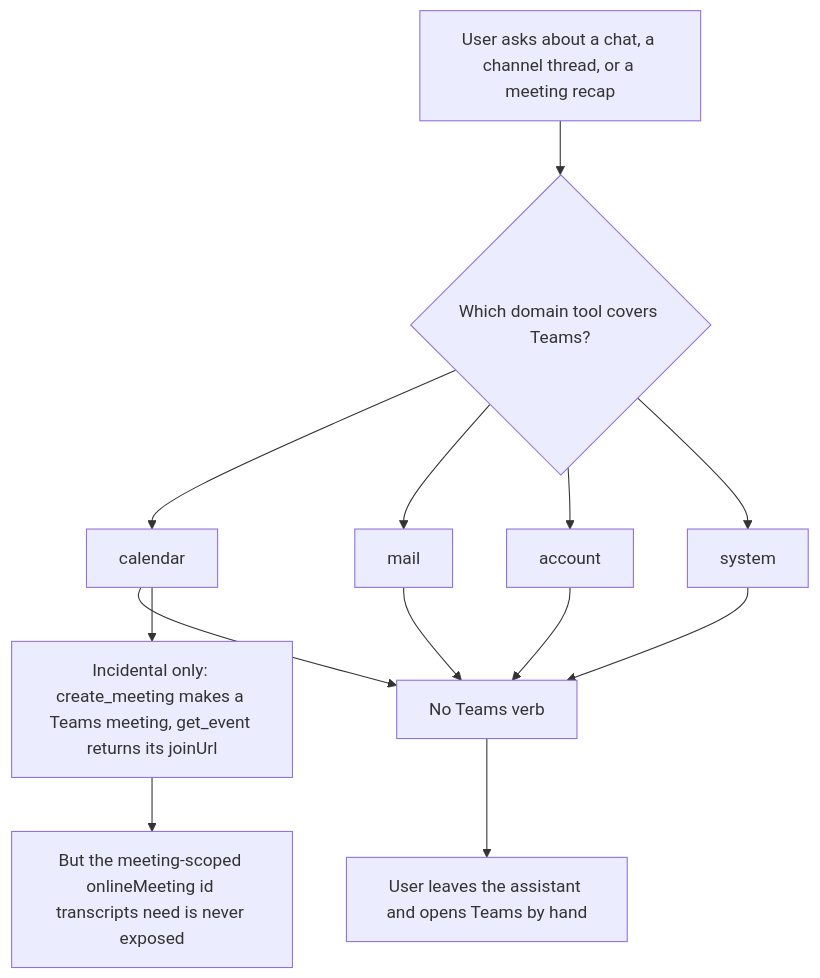
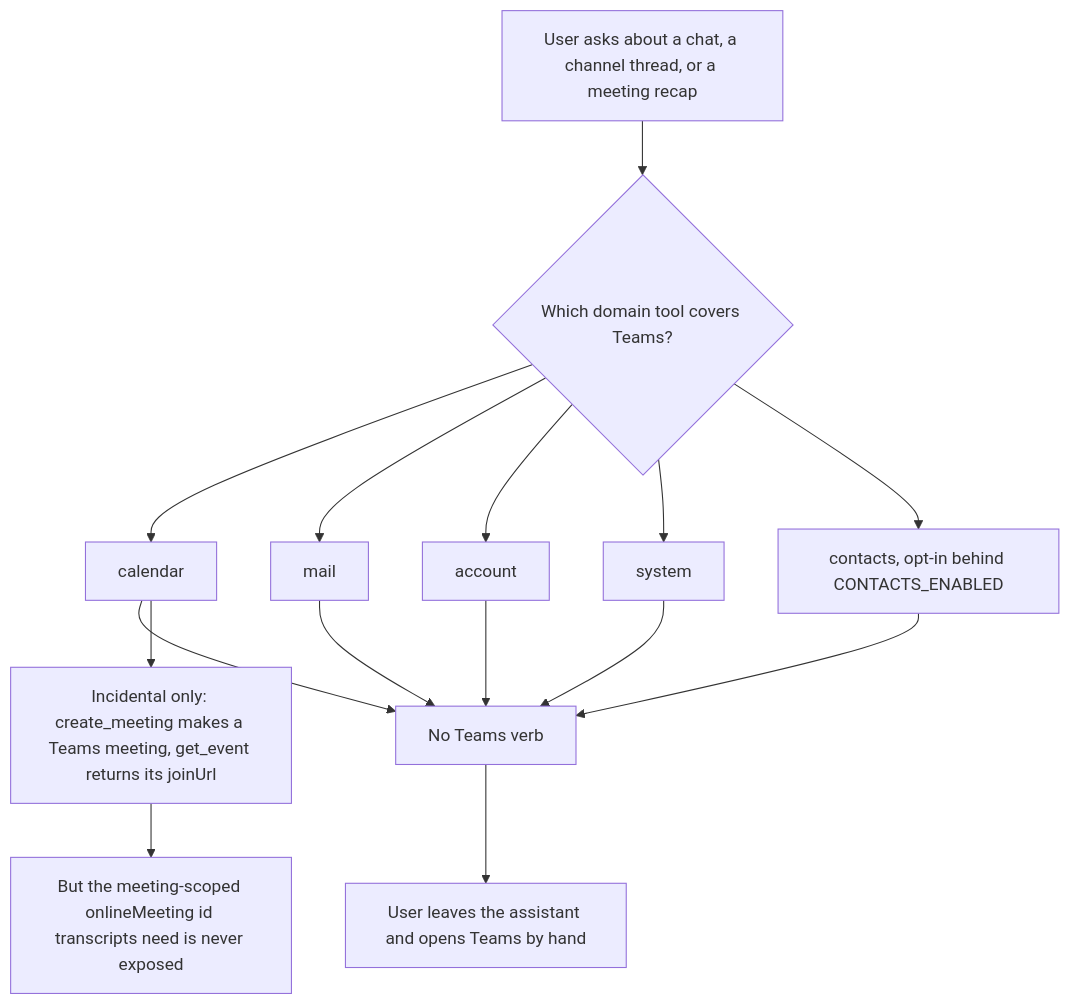
Before and after one commit to desek/outlook-local-mcp: the first of 3 diagrams in docs/cr/CR-0083-teams-domain.md, drawn with Mermaid. The commit also changed other lines of this file and 1 other file, not shown here.

````diff
--- a/docs/cr/CR-0083-teams-domain.md
+++ b/docs/cr/CR-0083-teams-domain.md
@@ -140,15 +167,17 @@
 ```mermaid
 flowchart TD
     A["User asks about a chat, a channel thread, or a meeting recap"] --> B{"Which domain tool covers Teams?"}
     B --> C["calendar"]
     B --> D["mail"]
     B --> E["account"]
     B --> F["system"]
+    B --> K["contacts, opt-in behind CONTACTS_ENABLED"]
     C --> G["No Teams verb"]
     D --> G
     E --> G
     F --> G
+    K --> G
     G --> H["User leaves the assistant and opens Teams by hand"]
     C --> I["Incidental only: create_meeting makes a Teams meeting, get_event returns its joinUrl"]
     I --> J["But the meeting-scoped onlineMeeting id transcripts need is never exposed"]
 ```
````
